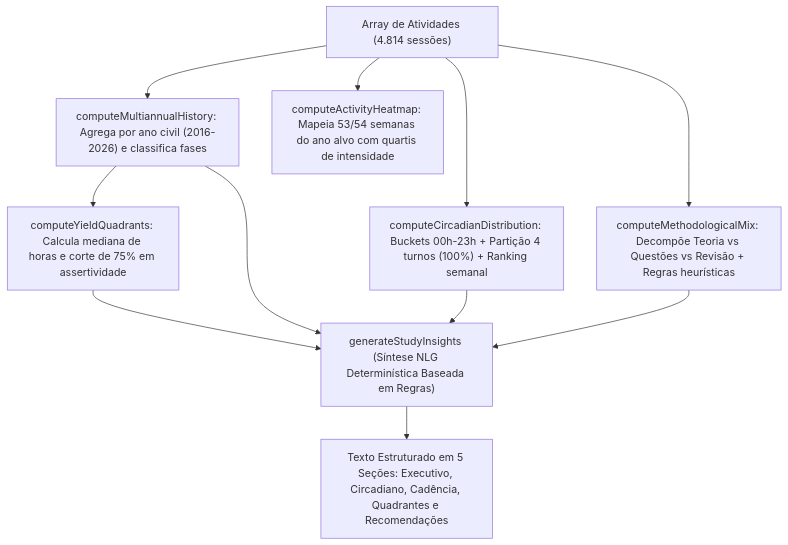
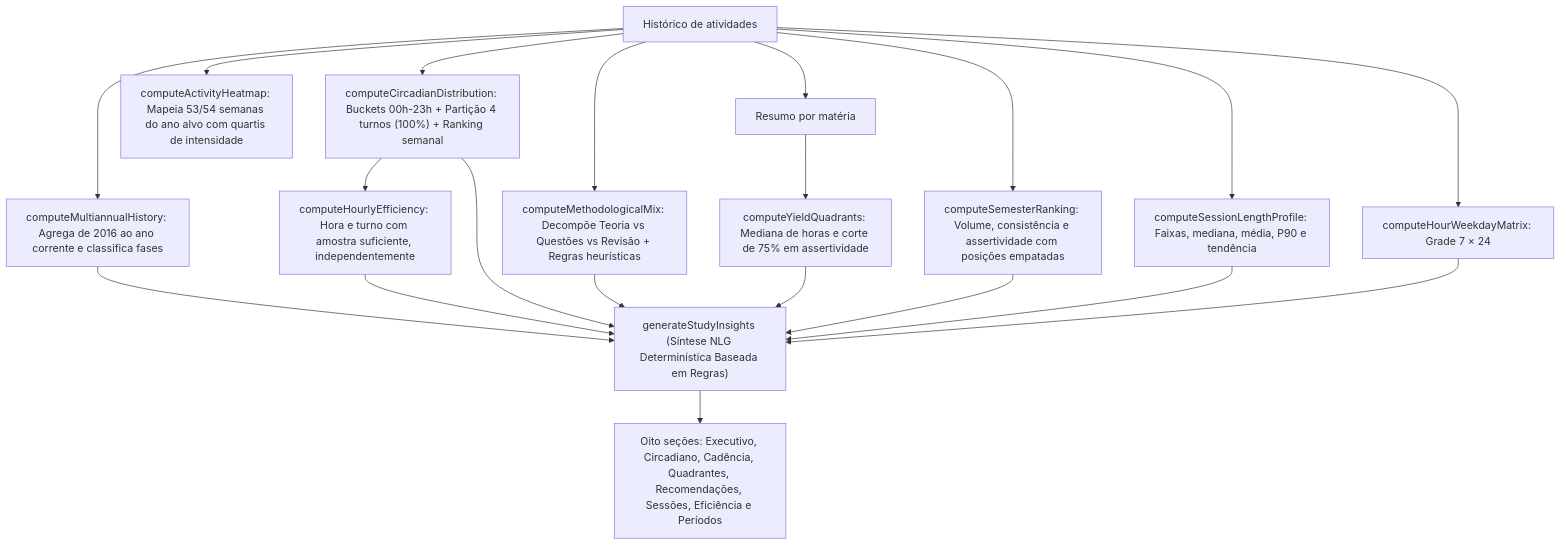
Before and after one commit to prof-ramos/aprovado-tools: the third of 3 diagrams in ARCHITECTURE.md, drawn with Mermaid. The commit also changed other lines of this file and 5 other files, not shown here.

````diff
--- a/ARCHITECTURE.md
+++ b/ARCHITECTURE.md
@@ -119,18 +125,27 @@
 ```mermaid
 flowchart TD
-    RawActivities["Array de Atividades (4.814 sessões)"]
+    RawActivities["Histórico de atividades"]
     
-    RawActivities --> MultiAnnual["computeMultiannualHistory: Agrega por ano civil (2016-2026) e classifica fases"]
+    RawActivities --> MultiAnnual["computeMultiannualHistory: Agrega de 2016 ao ano corrente e classifica fases"]
     RawActivities --> Heatmap["computeActivityHeatmap: Mapeia 53/54 semanas do ano alvo com quartis de intensidade"]
     RawActivities --> Circadian["computeCircadianDistribution: Buckets 00h-23h + Partição 4 turnos (100%) + Ranking semanal"]
     RawActivities --> Mix["computeMethodologicalMix: Decompõe Teoria vs Questões vs Revisão + Regras heurísticas"]
     
-    MultiAnnual --> Quadrants["computeYieldQuadrants: Calcula mediana de horas e corte de 75% em assertividade"]
+    RawActivities --> SubjectSummary["Resumo por matéria"]
+    SubjectSummary --> Quadrants["computeYieldQuadrants: Mediana de horas e corte de 75% em assertividade"]
+    RawActivities --> Semesters["computeSemesterRanking: Volume, consistência e assertividade com posições empatadas"]
+    RawActivities --> Sessions["computeSessionLengthProfile: Faixas, mediana, média, P90 e tendência"]
+    RawActivities --> HourWeekday["computeHourWeekdayMatrix: Grade 7 × 24"]
+    Circadian --> Efficiency["computeHourlyEfficiency: Hora e turno com amostra suficiente, independentemente"]
     
     MultiAnnual --> NLG["generateStudyInsights (Síntese NLG Determinística Baseada em Regras)"]
     Circadian --> NLG
     Quadrants --> NLG
     Mix --> NLG
+    Semesters --> NLG
+    Sessions --> NLG
+    HourWeekday --> NLG
+    Efficiency --> NLG
     
-    NLG --> OutputNarrative["Texto Estruturado em 5 Seções: Executivo, Circadiano, Cadência, Quadrantes e Recomendações"]
+    NLG --> OutputNarrative["Oito seções: Executivo, Circadiano, Cadência, Quadrantes, Recomendações, Sessões, Eficiência e Períodos"]
 ```
````
